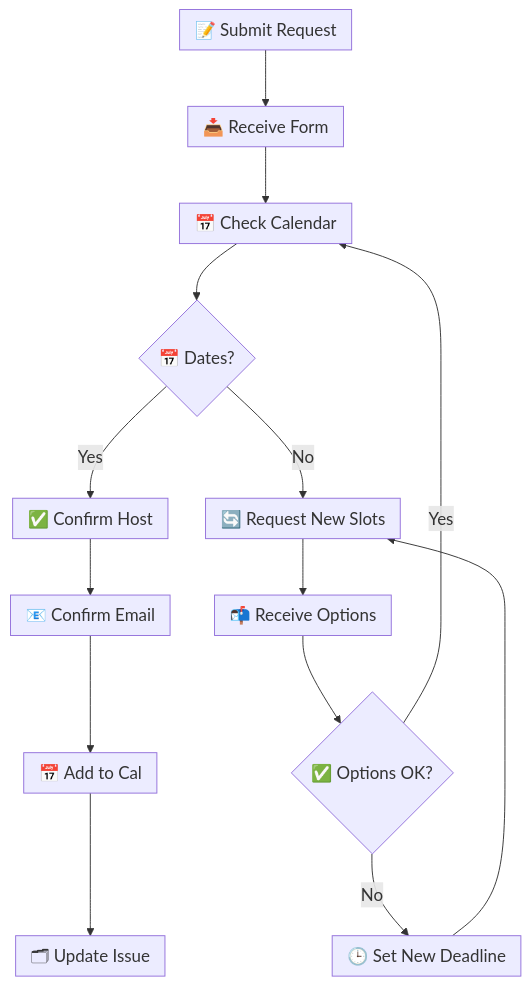
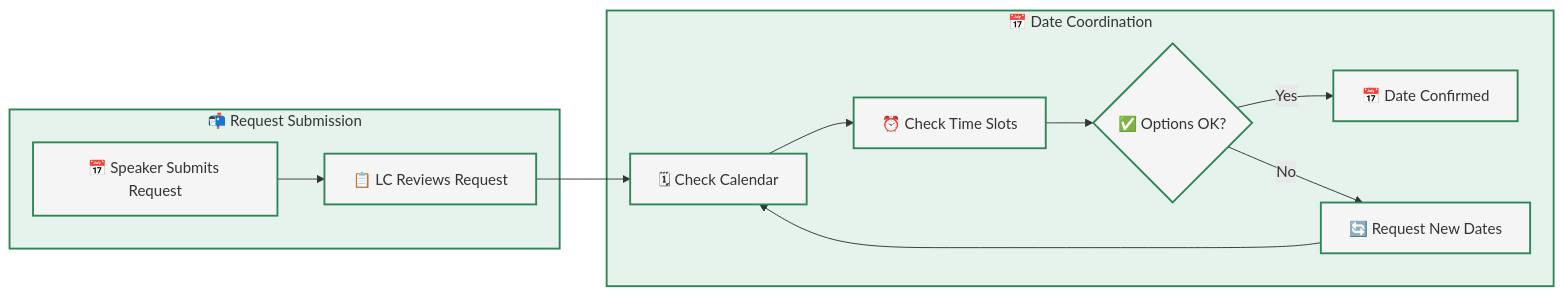
The diagram in docs/lunch-and-learns/process-docs.md (CBID2/VC-Community-Docs), drawn with Mermaid before and after one commit. The commit also changed 3 other files, not shown here.

First line of the commit message:
style: update Mermaid diagrams and section styling for consistency

````diff
--- a/docs/lunch-and-learns/process-docs.md
+++ b/docs/lunch-and-learns/process-docs.md
@@ -88,17 +88,24 @@
 ```mermaid
-%%{init: { "themeVariables": { "fontSize": "18px" }, "flowchart": { "nodeSpacing": 40, "rankSpacing": 60, "padding": 8, "htmlLabels": true } } }%%
-flowchart TB
-  A1[📝 Submit Request] --> A2[📥 Receive Form]
-  A2 --> A3[📅 Check Calendar]
-  A3 --> B1{📅 Dates?}
-  B1 -- Yes --> B2[✅ Confirm Host]
-  B2 --> B3[📧 Confirm Email]
-  B3 --> B4[📅 Add to Cal]
-  B4 --> B5[🗂 Update Issue]
-  B1 -- No --> C1[🔄 Request New Slots]
-  C1 --> C2[📬 Receive Options]
-  C2 --> D1{✅ Options OK?}
-  D1 -- Yes --> A3
-  D1 -- No --> C3[🕒 Set New Deadline]
-  C3 --> C1
+flowchart LR
+  %% Left Column - Initial Request
+  subgraph A[📬 Request Submission]
+    A1[📅 Speaker Submits Request] --> A2[📋 LC Reviews Request]
+  end
+
+  %% Right Column - Date Selection
+  subgraph B[📅 Date Coordination]
+    B1[🗓 Check Calendar] --> B2[⏰ Check Time Slots]
+    B2 --> B3{✅ Options OK?}
+    B3 -- Yes --> B4[📅 Date Confirmed]
+    B3 -- No --> B5[🔄 Request New Dates]
+    B5 --> B1
+  end
+
+  %% Flow between columns
+  A2 --> B1
+
+  %% Styling
+  classDef default fill:#f5f5f5,stroke:#2e8555,stroke-width:2px,color:#333;
+  classDef process fill:#e6f3ed,stroke:#2e8555,stroke-width:2px,color:#333;
+  class A,B process;
 ```
````
